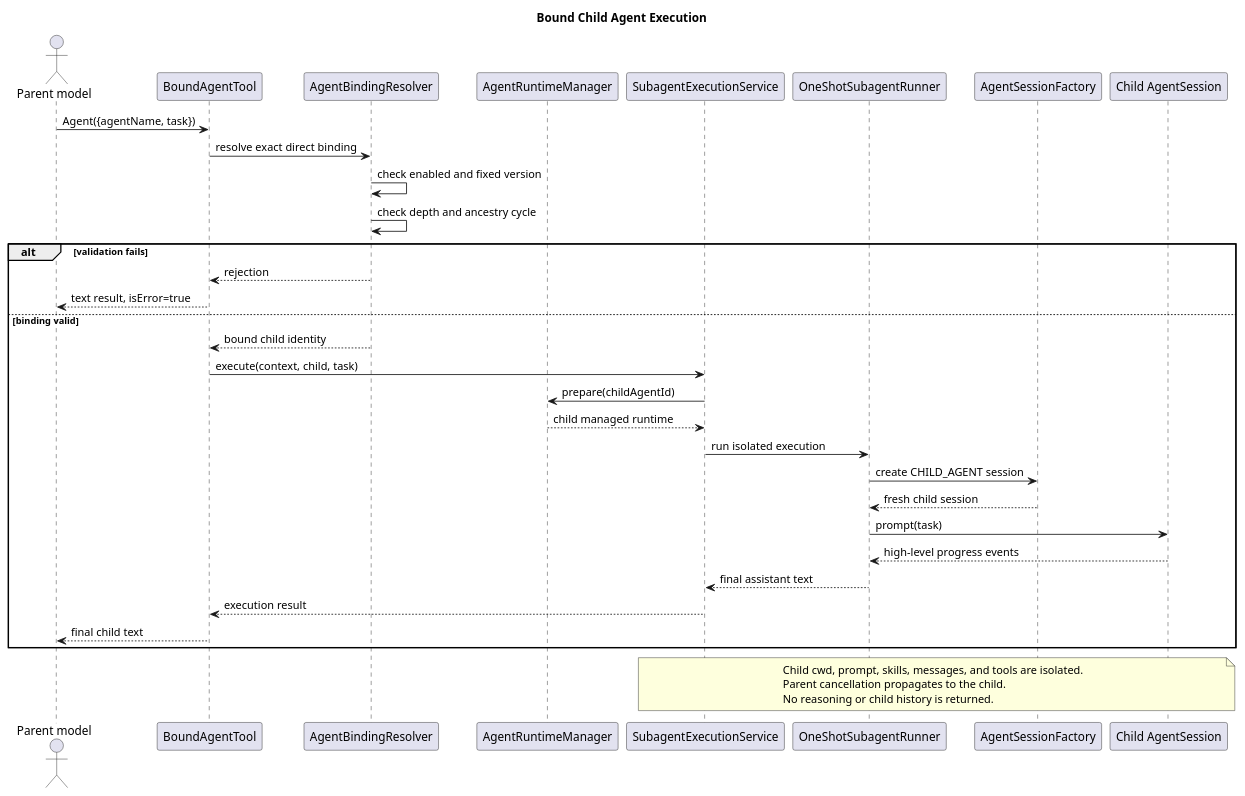
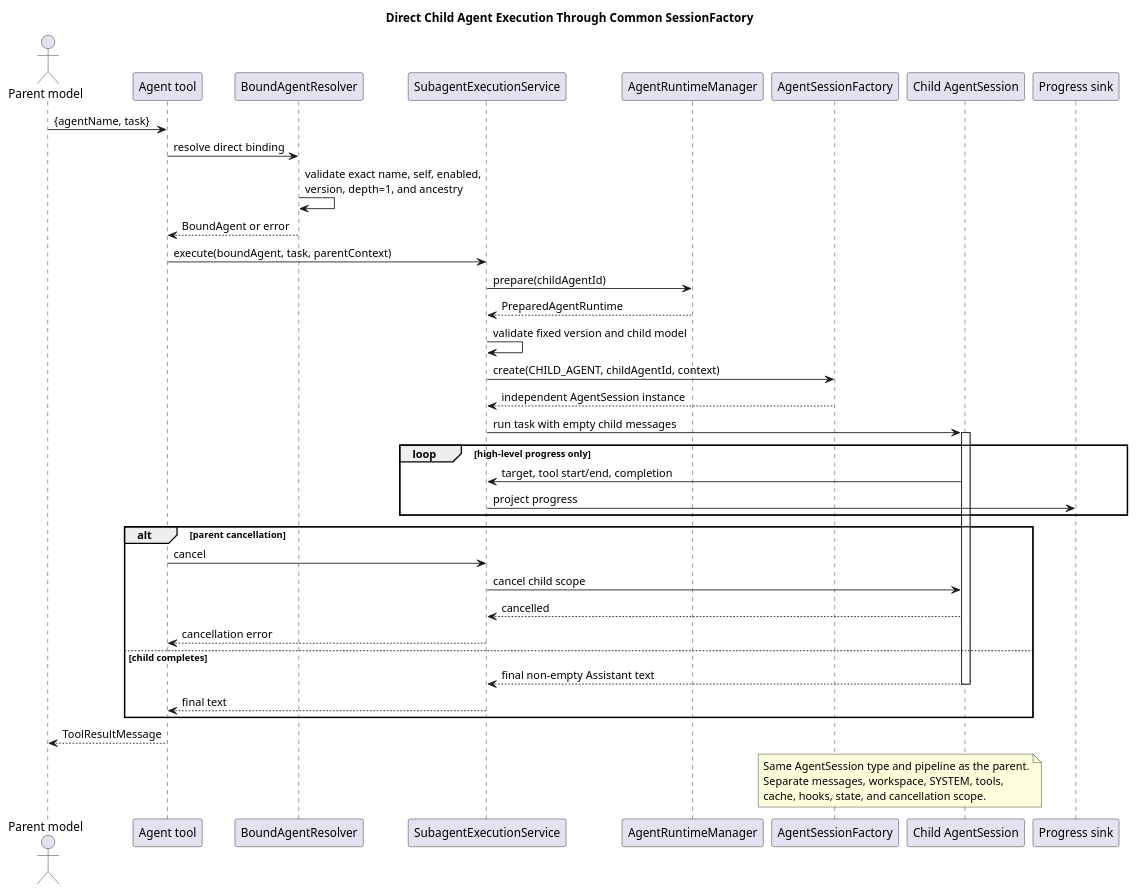
Before and after one commit to ssm0808/pi-mono-java-design: the sixth of 8 diagrams in pi-mono-java-tool-system/diagram.puml, drawn with PlantUML. The commit also changed other lines of this file and 13 other files, not shown here.

Commit message:
docs(tool-system): align managed tool contracts

```diff
--- a/pi-mono-java-tool-system/diagram.puml
+++ b/pi-mono-java-tool-system/diagram.puml
@@ -265,50 +348,57 @@
 @startuml subagent_execution_sequence
-title Bound Child Agent Execution
+title Direct Child Agent Execution Through Common SessionFactory
+skinparam shadowing false
 
-' Source evidence: pi-mono-java modules/coding-agent-cli/src/main/java/com/campusclaw/codingagent/runtime/AgentBindingResolver.java, resolve and validate
-' Source evidence: pi-mono-java modules/coding-agent-cli/src/main/java/com/campusclaw/codingagent/runtime/TransientAgentRunner.java, run
-' Source evidence: pi-mono-java modules/coding-agent-cli/src/main/java/com/campusclaw/codingagent/tool/delegation/InvokeAgentTool.java, execute
-' Source evidence: pi-mono packages/coding-agent/examples/extensions/subagent/index.ts, runSingleAgent
-' Source evidence: opencode packages/opencode/src/tool/task.ts, TaskTool
-' Observed behavior: Java uses after-hook delegation and placeholder authorization; pi demonstrates subprocess isolation; OpenCode creates a child session.
-' Architecture change: target uses a first-class Agent tool and in-JVM isolated child session.
-' Product constraint: only directly bound child names are callable and maximum depth defaults to one.
+' Source evidence (CampusClaw d649866):
+' modules/coding-agent-cli/src/main/java/com/campusclaw/codingagent/subagent/tool/SpawnAgentTool.java
+' modules/coding-agent-cli/src/main/java/com/campusclaw/codingagent/tool/delegation/InvokeAgentTool.java
+' modules/coding-agent-cli/src/main/java/com/campusclaw/codingagent/runtime/TransientAgentRunner.java
+' pi packages/coding-agent/examples/extensions/subagent/index.ts
+' OpenCode packages/opencode/src/tool/task.ts
+' Observed behavior: current code has separate spawn and invoke paths plus a
+' session after-hook special case.
+' Design reason: one Agent tool resolves direct bindings and delegates creation
+' to the common AgentSessionFactory. Execution location is not a tool contract.
 
-skinparam shadowing false
-actor "Parent model" as MODEL
-participant "BoundAgentTool" as TOOL
-participant "AgentBindingResolver" as RESOLVER
-participant "AgentRuntimeManager" as ARM
-participant "SubagentExecutionService" as SERVICE
-participant "OneShotSubagentRunner" as RUNNER
-participant "AgentSessionFactory" as SF
-participant "Child AgentSession" as CHILD
+actor "Parent model" as Model
+participant "Agent tool" as Agent
+participant "BoundAgentResolver" as Resolver
+participant "SubagentExecutionService" as Service
+participant "AgentRuntimeManager" as Manager
+participant "AgentSessionFactory" as Factory
+participant "Child AgentSession" as Child
+participant "Progress sink" as Progress
 
-MODEL -> TOOL : Agent({agentName, task})
-TOOL -> RESOLVER : resolve exact direct binding
-RESOLVER -> RESOLVER : check enabled and fixed version
-RESOLVER -> RESOLVER : check depth and ancestry cycle
-alt validation fails
-  RESOLVER --> TOOL : rejection
-  TOOL --> MODEL : text result, isError=true
-else binding valid
-  RESOLVER --> TOOL : bound child identity
-  TOOL -> SERVICE : execute(context, child, task)
-  SERVICE -> ARM : prepare(childAgentId)
-  ARM --> SERVICE : child managed runtime
-  SERVICE -> RUNNER : run isolated execution
-  RUNNER -> SF : create CHILD_AGENT session
-  SF --> RUNNER : fresh child session
-  RUNNER -> CHILD : prompt(task)
-  CHILD --> RUNNER : high-level progress events
-  RUNNER --> SERVICE : final assistant text
-  SERVICE --> TOOL : execution result
-  TOOL --> MODEL : final child text
+Model -> Agent : {agentName, task}
+Agent -> Resolver : resolve direct binding
+Resolver -> Resolver : validate exact name, self, enabled,\nversion, depth=1, and ancestry
+Resolver --> Agent : BoundAgent or error
+Agent -> Service : execute(boundAgent, task, parentContext)
+Service -> Manager : prepare(childAgentId)
+Manager --> Service : PreparedAgentRuntime
+Service -> Service : validate fixed version and child model
+Service -> Factory : create(CHILD_AGENT, childAgentId, context)
+Factory --> Service : independent AgentSession instance
+Service -> Child ++ : run task with empty child messages
+loop high-level progress only
+  Child -> Service : target, tool start/end, completion
+  Service -> Progress : project progress
 end
+alt parent cancellation
+  Agent -> Service : cancel
+  Service -> Child : cancel child scope
+  Child --> Service : cancelled
+  Service --> Agent : cancellation error
+else child completes
+  Child --> Service : final non-empty Assistant text
+  deactivate Child
+  Service --> Agent : final text
+end
+Agent --> Model : ToolResultMessage
 
-note over SERVICE,CHILD
-Child cwd, prompt, skills, messages, and tools are isolated.
-Parent cancellation propagates to the child.
-No reasoning or child history is returned.
+note over Factory,Child
+Same AgentSession type and pipeline as the parent.
+Separate messages, workspace, SYSTEM, tools,
+cache, hooks, state, and cancellation scope.
 end note
 @enduml
```
